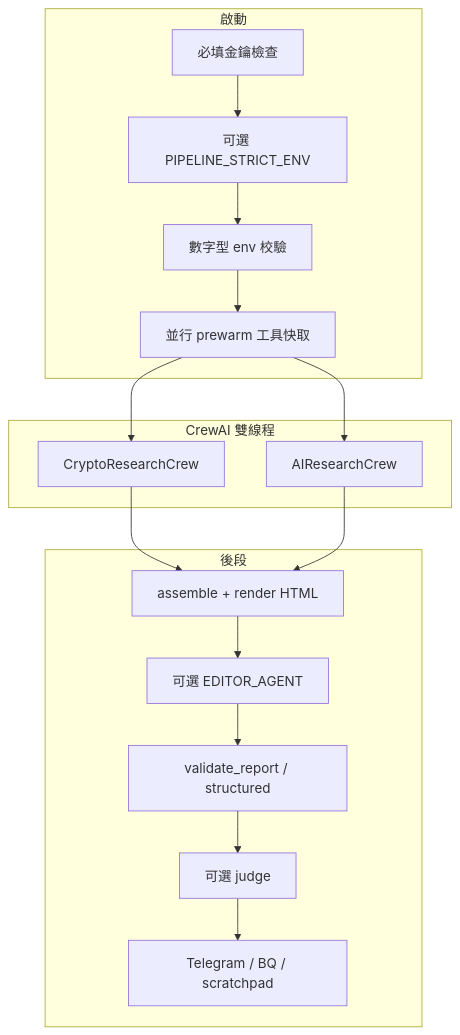
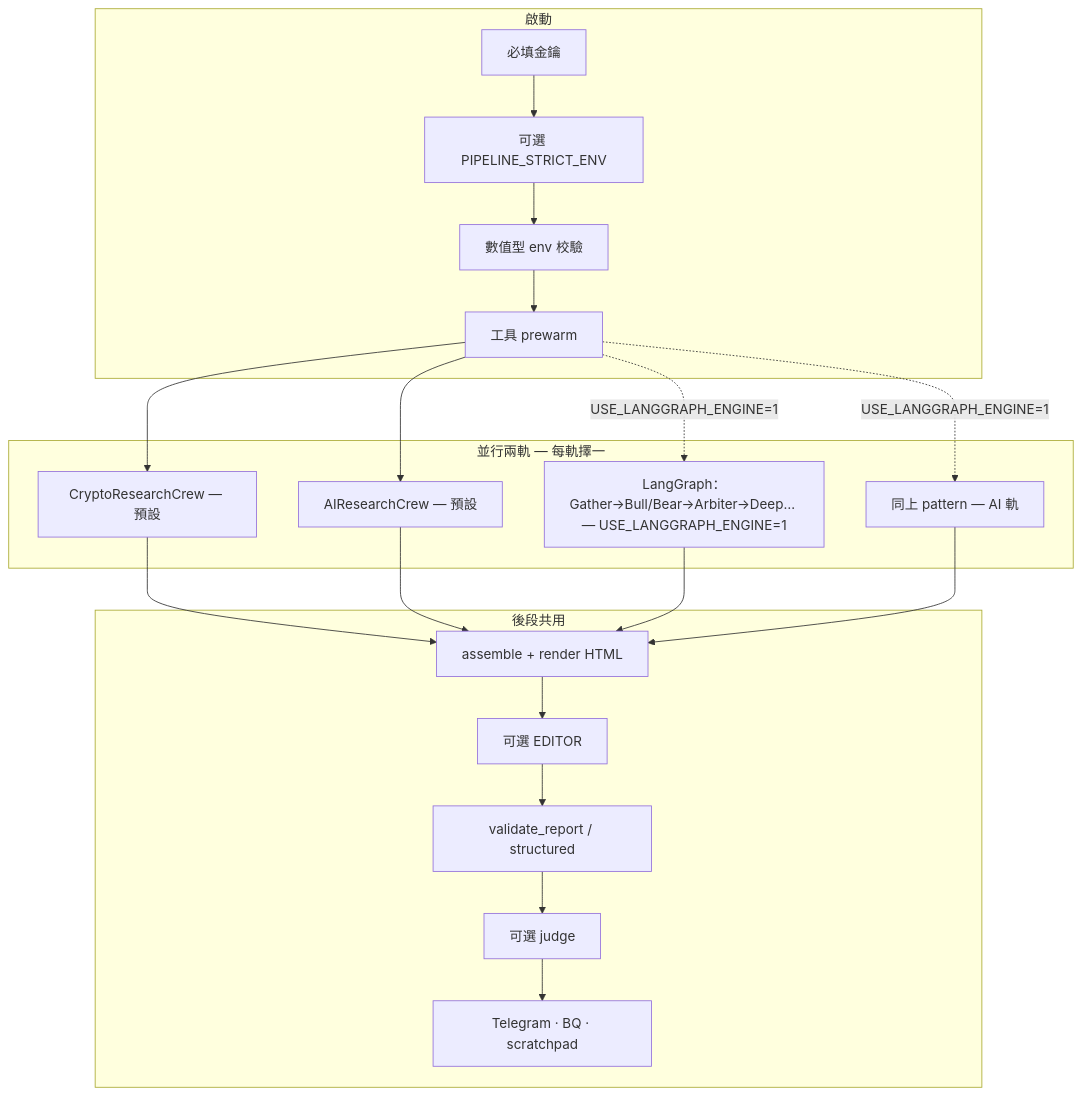
One commit to godmosword/my-investment-ai-agent changed the diagram in README.md. Above: the diagram before and after it, drawn with Mermaid. The commit also changed other lines of this file and 7 other files, not shown here.

````diff
--- a/README.md
+++ b/README.md
@@ -108,26 +104,32 @@
 ```mermaid
 flowchart TB
-  subgraph pre [啟動]
-    Keys[必填金鑰檢查]
-    Strict[可選 PIPELINE_STRICT_ENV]
-    Types[數字型 env 校驗]
-    Prewarm[並行 prewarm 工具快取]
+  subgraph boot [啟動]
+    K[必填金鑰]
+    S[可選 PIPELINE_STRICT_ENV]
+    T[數值型 env 校驗]
+    P[工具 prewarm]
   end
-  subgraph crews [CrewAI 雙線程]
-    Crypto[CryptoResearchCrew]
-    AI[AIResearchCrew]
+  subgraph dual [並行兩軌 — 每軌擇一]
+    C1[CryptoResearchCrew — 預設]
+    A1[AIResearchCrew — 預設]
+    C2[LangGraph：Gather→Bull/Bear→Arbiter→Deep… — USE_LANGGRAPH_ENGINE=1]
+    A2[同上 pattern — AI 軌]
   end
-  subgraph post [後段]
+  subgraph tail [後段共用]
     Asm[assemble + render HTML]
-    Ed[可選 EDITOR_AGENT]
-    Val[validate_report / structured]
-    Judge[可選 judge]
-    Out[Telegram / BQ / scratchpad]
+    Ed[可選 EDITOR]
+    V[validate_report / structured]
+    J[可選 judge]
+    O[Telegram · BQ · scratchpad]
   end
-  Keys --> Strict --> Types --> Prewarm
-  Prewarm --> Crypto
-  Prewarm --> AI
-  Crypto --> Asm
-  AI --> Asm
-  Asm --> Ed --> Val --> Judge --> Out
+  K --> S --> T --> P
+  P --> C1
+  P --> A1
+  P -.->|USE_LANGGRAPH_ENGINE=1| C2
+  P -.->|USE_LANGGRAPH_ENGINE=1| A2
+  C1 --> Asm
+  A1 --> Asm
+  C2 --> Asm
+  A2 --> Asm
+  Asm --> Ed --> V --> J --> O
 ```
````
